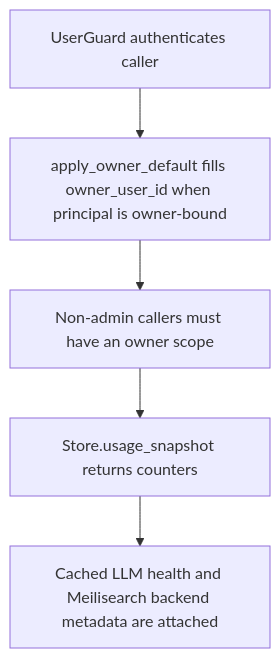
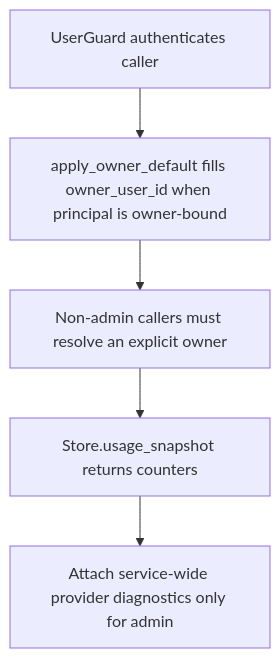
The diagram in doc/api/get_v1_usage.md (dickwu/nowledge), drawn with Mermaid before and after one commit. The commit also changed other lines of this file and 46 other files, not shown here.

````diff
--- a/doc/api/get_v1_usage.md
+++ b/doc/api/get_v1_usage.md
@@ -43,12 +63,12 @@
 ```mermaid
 flowchart TD
   n0["UserGuard authenticates caller"]
   n1["apply_owner_default fills owner_user_id when principal is owner-bound"]
-  n2["Non-admin callers must have an owner scope"]
+  n2["Non-admin callers must resolve an explicit owner"]
   n3["Store.usage_snapshot returns counters"]
-  n4["Cached LLM health and Meilisearch backend metadata are attached"]
+  n4["Attach service-wide provider diagnostics only for admin"]
   n0 --> n1
   n1 --> n2
   n2 --> n3
   n3 --> n4
 ```
````
